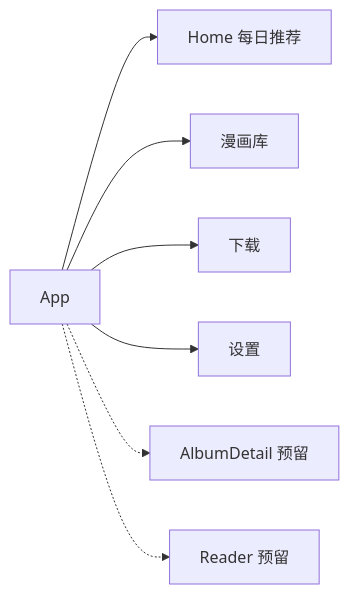
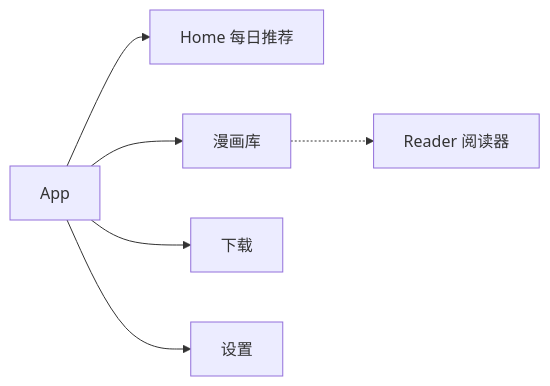
The second of 2 diagrams in docs/architecture/ui.md (aDarkMaker/JMFM), drawn with Mermaid before and after one commit. The commit also changed other lines of this file and 10 other files, not shown here.

Commit message:
docs: refresh architecture and changelog

````diff
--- a/docs/architecture/ui.md
+++ b/docs/architecture/ui.md
@@ -45,10 +45,9 @@
 ```mermaid
 flowchart LR
     root["App"]
     root --> home["Home 每日推荐"]
     root --> lib["漫画库"]
     root --> tasks["下载"]
     root --> settings["设置"]
-    root -.-> detail["AlbumDetail 预留"]
-    root -.-> reader["Reader 预留"]
+    lib -.-> reader["Reader 阅读器"]
 ```
````
